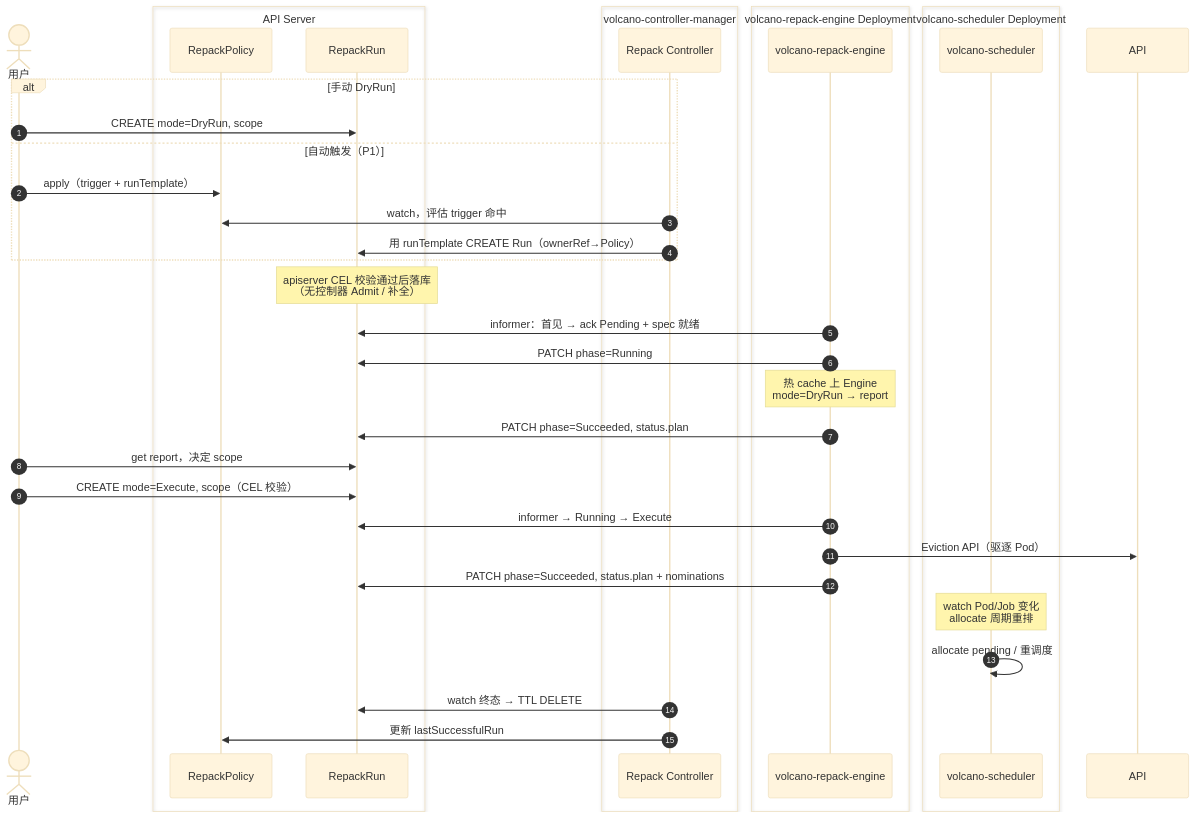
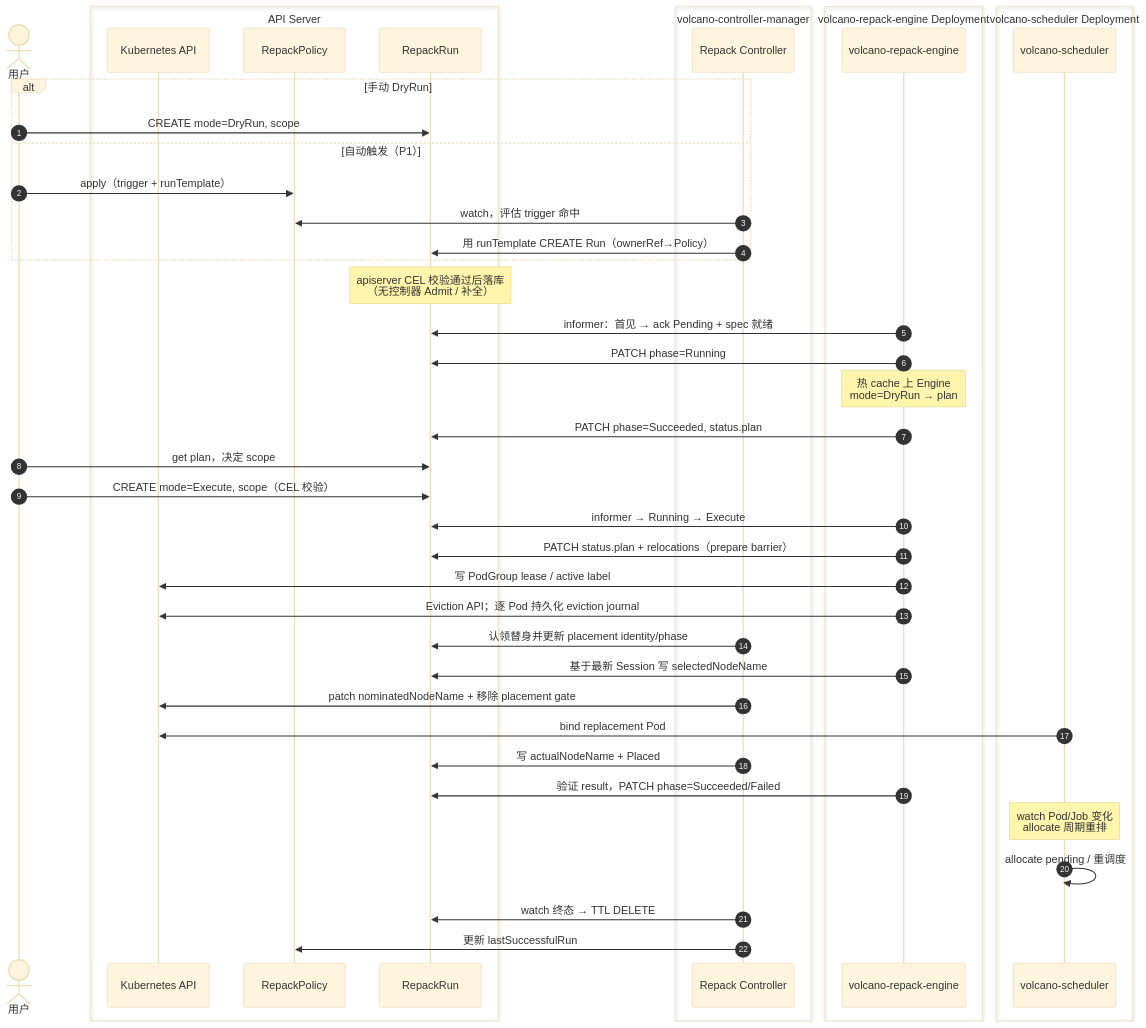
Diagram 13 of 21 in docs/design/repack-policy-design.md (wangyang0616/volcano), drawn with Mermaid (base theme) before and after one commit. The commit also changed other lines of this file and 1 other file, not shown here.

````diff
--- a/docs/design/repack-policy-design.md
+++ b/docs/design/repack-policy-design.md
@@ -2497,44 +2562,52 @@
 ```mermaid
 sequenceDiagram
     autonumber
     actor User as 用户
     box API Server
+        participant K as Kubernetes API
         participant P as RepackPolicy
         participant R as RepackRun
     end
     box volcano-controller-manager
         participant C as Repack Controller
     end
     box volcano-repack-engine Deployment
         participant V as volcano-repack-engine
     end
     box volcano-scheduler Deployment
         participant S as volcano-scheduler
     end
 
     alt 手动 DryRun
         User->>R: CREATE mode=DryRun, scope
     else 自动触发（P1）
         User->>P: apply（trigger + runTemplate）
         C->>P: watch，评估 trigger 命中
         C->>R: 用 runTemplate CREATE Run（ownerRef→Policy）
     end
     Note over R: apiserver CEL 校验通过后落库<br/>（无控制器 Admit / 补全）
 
     V->>R: informer：首见 → ack Pending + spec 就绪
     V->>R: PATCH phase=Running
-    Note over V: 热 cache 上 Engine<br/>mode=DryRun → report
+    Note over V: 热 cache 上 Engine<br/>mode=DryRun → plan
     V->>R: PATCH phase=Succeeded, status.plan
 
-    User->>R: get report，决定 scope
+    User->>R: get plan，决定 scope
     User->>R: CREATE mode=Execute, scope（CEL 校验）
     V->>R: informer → Running → Execute
-    V->>API: Eviction API（驱逐 Pod）
-    V->>R: PATCH phase=Succeeded, status.plan + nominations
+    V->>R: PATCH status.plan + relocations（prepare barrier）
+    V->>K: 写 PodGroup lease / active label
+    V->>K: Eviction API；逐 Pod 持久化 eviction journal
+    C->>R: 认领替身并更新 placement identity/phase
+    V->>R: 基于最新 Session 写 selectedNodeName
+    C->>K: patch nominatedNodeName + 移除 placement gate
+    S->>K: bind replacement Pod
+    C->>R: 写 actualNodeName + Placed
+    V->>R: 验证 result，PATCH phase=Succeeded/Failed
 
     Note over S: watch Pod/Job 变化<br/>allocate 周期重排
     S->>S: allocate pending / 重调度
 
     C->>R: watch 终态 → TTL DELETE
     C->>P: 更新 lastSuccessfulRun
 ```
````
